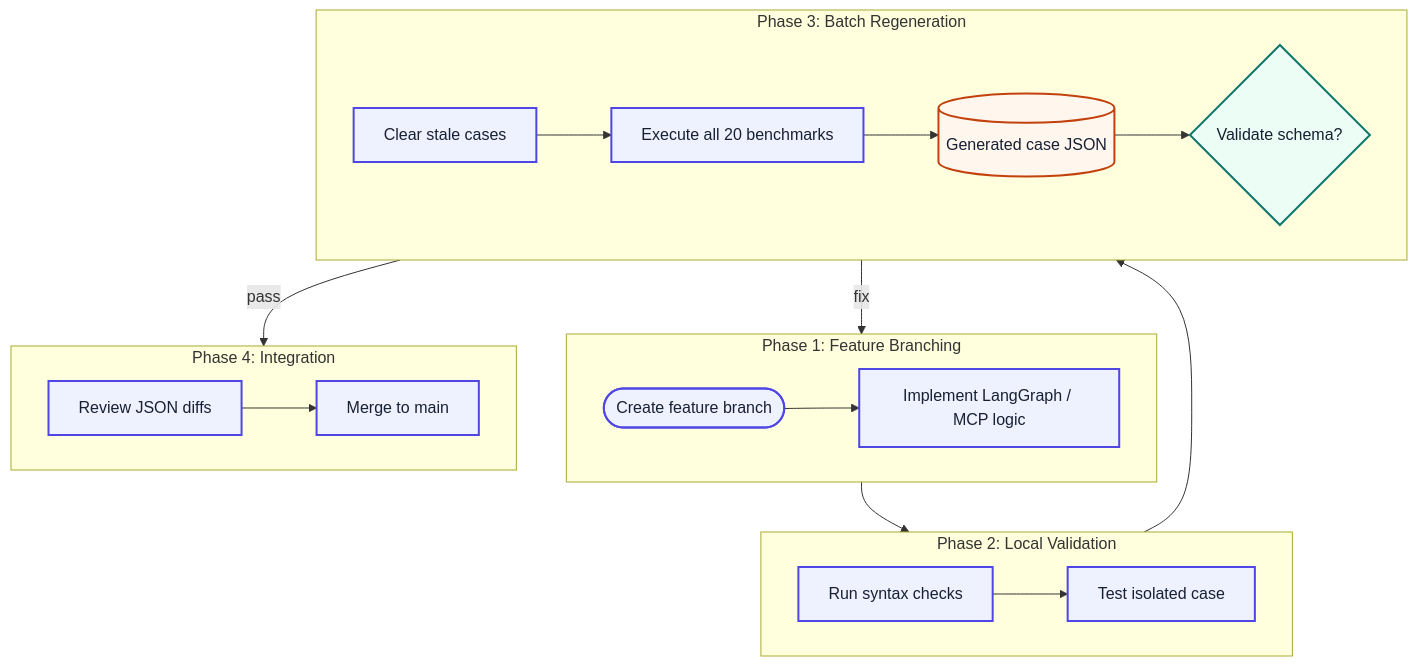
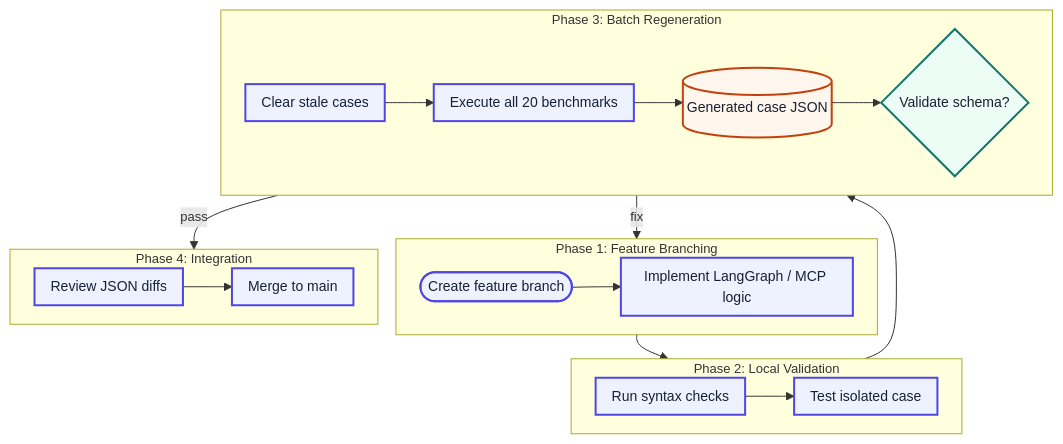
The second of 2 diagrams in README.md (OMIZOOMI/tigergraph-fraud-investigation), drawn with Mermaid before and after one commit.

Commit message:
Docs: Compact development pipeline diagram

````diff
--- a/README.md
+++ b/README.md
@@ -136,44 +136,45 @@
 ```mermaid
+%%{init: {"flowchart": {"nodeSpacing": 18, "rankSpacing": 24, "padding": 8}, "themeVariables": {"fontSize": "13px"}}}%%
 flowchart TB
     subgraph P1["Phase 1: Feature Branching"]
         direction LR
         branch([Create feature branch])
         implement[Implement LangGraph / MCP logic]
         branch --> implement
     end
 
     subgraph P2["Phase 2: Local Validation"]
         direction LR
         syntax[Run syntax checks]
         isolated[Test isolated case]
         syntax --> isolated
     end
 
     subgraph P3["Phase 3: Batch Regeneration"]
         direction LR
         clear[Clear stale cases]
         batch[Execute all 20 benchmarks]
         outputs[(Generated case JSON)]
         schemaCheck{Validate schema?}
         clear --> batch --> outputs --> schemaCheck
     end
 
     subgraph P4["Phase 4: Integration"]
         direction LR
         review[Review JSON diffs]
         merge[Merge to main]
         review --> merge
     end
 
     implement --> syntax
     isolated --> clear
     schemaCheck -->|pass| review
     schemaCheck -->|fix| implement
 
-    classDef action fill:#EEF2FF,stroke:#4F46E5,stroke-width:2px,color:#172033,font-size:16px
-    classDef data fill:#FFF7ED,stroke:#C2410C,stroke-width:2px,color:#172033,font-size:16px
-    classDef decision fill:#ECFDF5,stroke:#0F766E,stroke-width:2px,color:#172033,font-size:16px
+    classDef action fill:#EEF2FF,stroke:#4F46E5,stroke-width:2px,color:#172033,font-size:14px
+    classDef data fill:#FFF7ED,stroke:#C2410C,stroke-width:2px,color:#172033,font-size:14px
+    classDef decision fill:#ECFDF5,stroke:#0F766E,stroke-width:2px,color:#172033,font-size:14px
     class branch,implement,syntax,isolated,clear,batch,review,merge action
     class outputs data
     class schemaCheck decision
 ```
````
